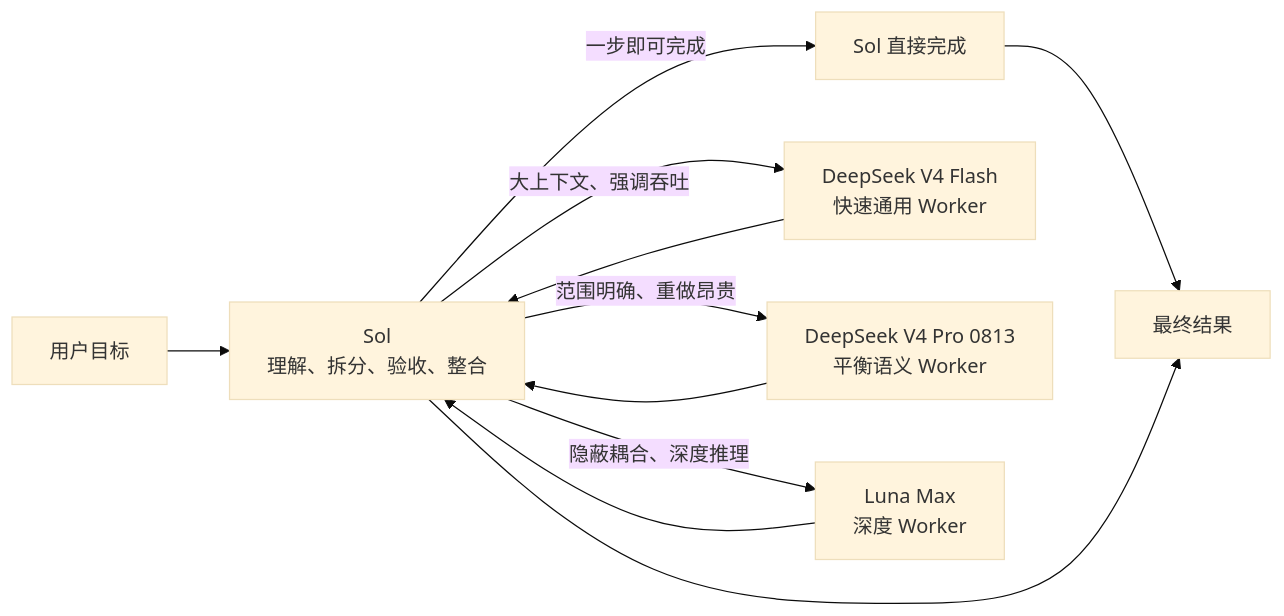
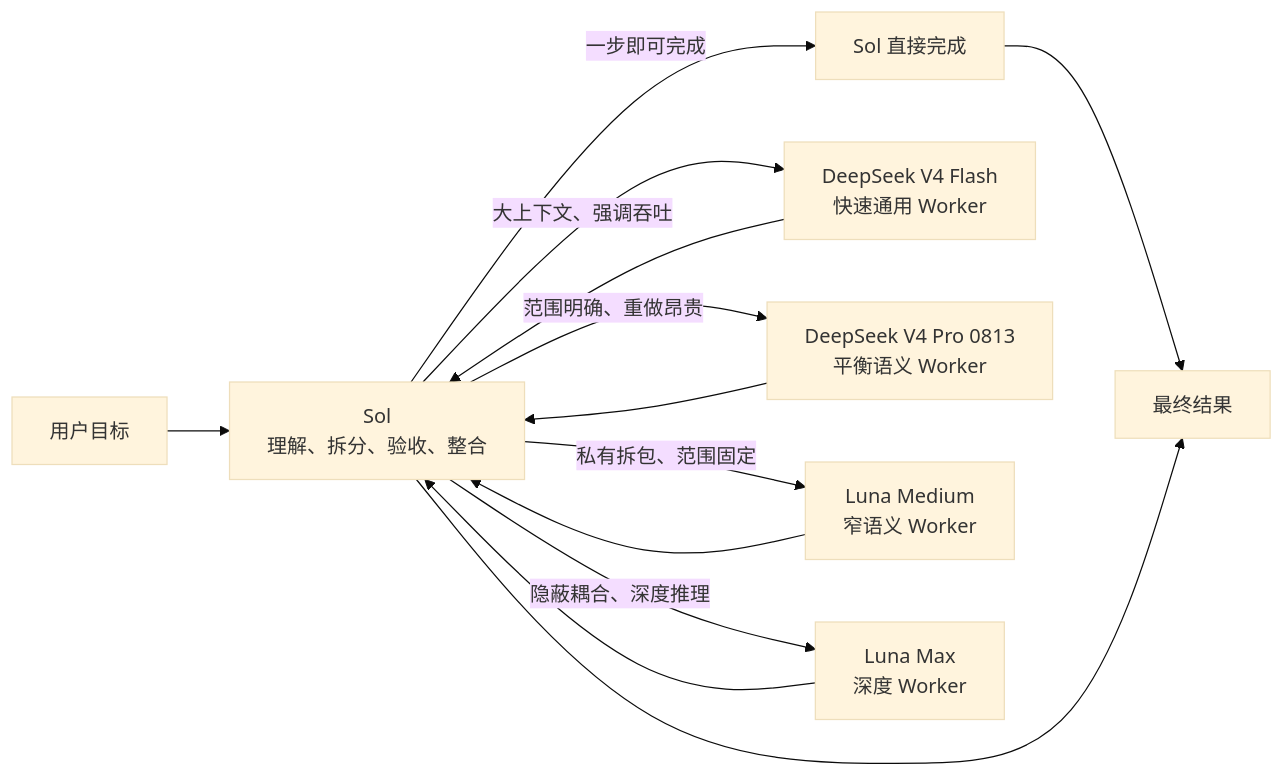
Before and after one commit to liuyejinghong/sol-worker-routing-codex: the diagram in README.md, drawn with Mermaid (base theme). The commit also changed other lines of this file and 8 other files, not shown here.

Commit message:
feat: add Luna Medium routing lane

````diff
--- a/README.md
+++ b/README.md
@@ -58,13 +61,15 @@
 ```mermaid
 flowchart LR
     U["用户目标"] --> S["Sol<br/>理解、拆分、验收、整合"]
     S -->|"一步即可完成"| D["Sol 直接完成"]
     S -->|"大上下文、强调吞吐"| DS["DeepSeek V4 Flash<br/>快速通用 Worker"]
     S -->|"范围明确、重做昂贵"| DP["DeepSeek V4 Pro 0813<br/>平衡语义 Worker"]
+    S -->|"私有拆包、范围固定"| LM["Luna Medium<br/>窄语义 Worker"]
     S -->|"隐蔽耦合、深度推理"| L["Luna Max<br/>深度 Worker"]
     D --> O["最终结果"]
     DS --> S
     DP --> S
+    LM --> S
     L --> S
     S --> O
 ```
````
